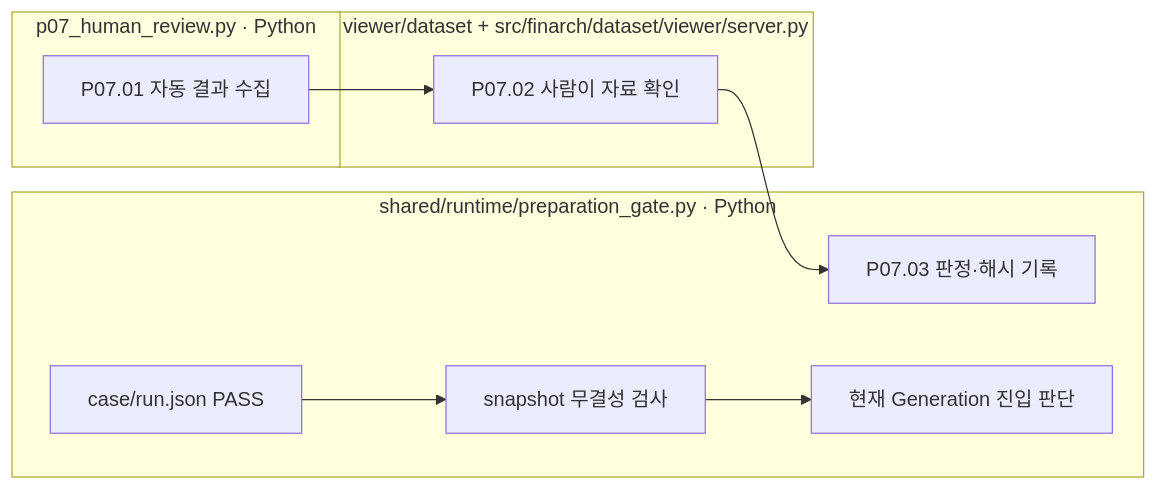
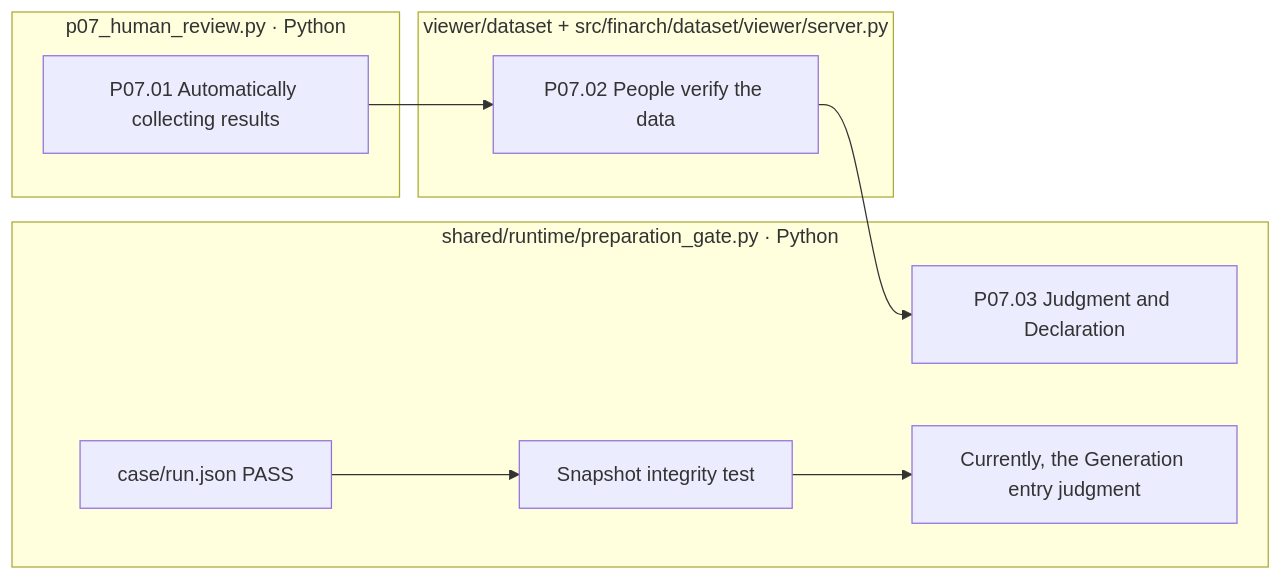
Before and after one commit to pnu-clink/finject: the diagram in src/finarch/documentation/templates/stages/01-dataset/01-preparation/07-human-review/README.md, drawn with Mermaid. The commit also changed other lines of this file and 644 other files, not shown here.

````diff
--- a/src/finarch/documentation/templates/stages/01-dataset/01-preparation/07-human-review/README.md
+++ b/src/finarch/documentation/templates/stages/01-dataset/01-preparation/07-human-review/README.md
@@ -20,13 +20,13 @@
 ```mermaid
 flowchart LR
  subgraph P["p07_human_review.py · Python"]
-  A["P07.01 자동 결과 수집"]
+  A["P07.01 Automatically collecting results"]
  end
  subgraph V["viewer/dataset + src/finarch/dataset/viewer/server.py"]
-  A --> B["P07.02 사람이 자료 확인"]
+  A --> B["P07.02 People verify the data"]
  end
  subgraph G["shared/runtime/preparation_gate.py · Python"]
-  B --> C["P07.03 판정·해시 기록"]
-  D["case/run.json PASS"] --> E["snapshot 무결성 검사"] --> F["현재 Generation 진입 판단"]
+  B --> C["P07.03 Judgment and Declaration"]
+  D["case/run.json PASS"] --> E["Snapshot integrity test"] --> F["Currently, the Generation entry judgment"]
  end
 ```
````
